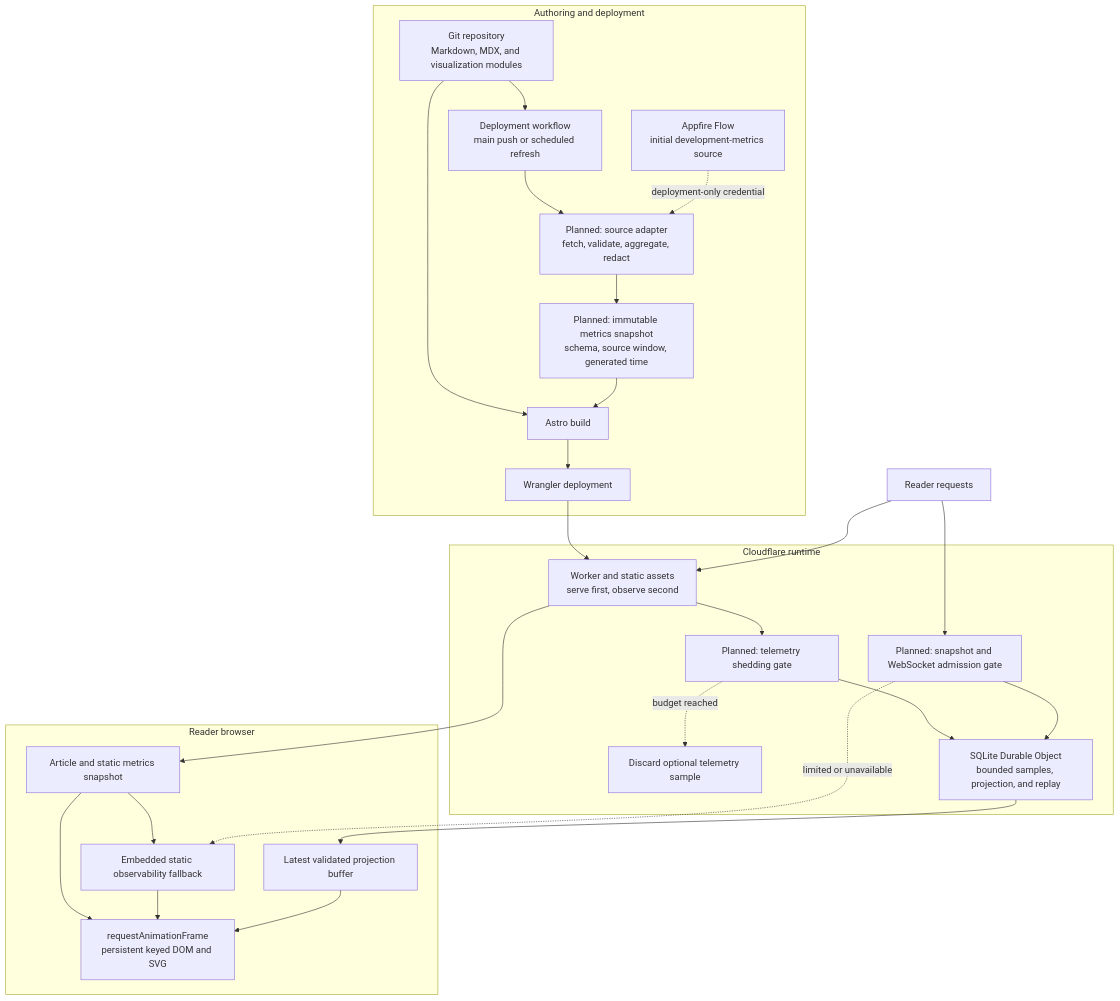
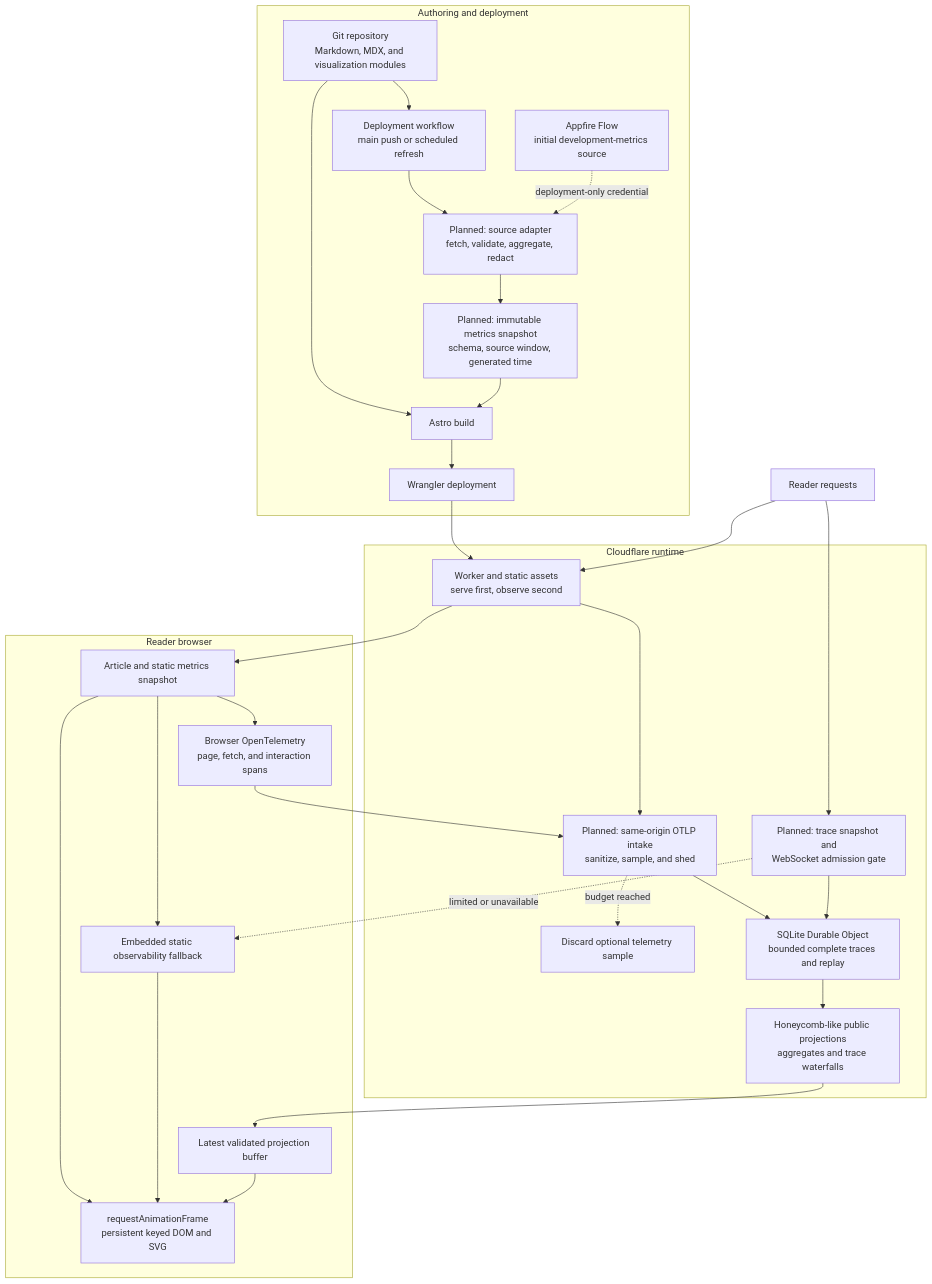
Before and after one commit to pasunboneleve/live-dashblog: the first of 2 diagrams in docs/architecture.md, drawn with Mermaid. The commit also changed other lines of this file and 2 other files, not shown here.

First line of the commit message:
docs: join browser and server telemetry traces

````diff
--- a/docs/architecture.md
+++ b/docs/architecture.md
@@ -7,52 +7,57 @@
 ```mermaid
 flowchart TB
   subgraph delivery["Authoring and deployment"]
     repo["Git repository<br/>Markdown, MDX, and visualization modules"]
     trigger["Deployment workflow<br/>main push or scheduled refresh"]
     flow["Appfire Flow<br/>initial development-metrics source"]
     adapter["Planned: source adapter<br/>fetch, validate, aggregate, redact"]
     metrics["Planned: immutable metrics snapshot<br/>schema, source window, generated time"]
     build["Astro build"]
     deploy["Wrangler deployment"]
 
     repo --> trigger
     trigger --> adapter
     flow -. "deployment-only credential" .-> adapter
     adapter --> metrics
     repo --> build
     metrics --> build
     build --> deploy
   end
 
   subgraph edge["Cloudflare runtime"]
     worker["Worker and static assets<br/>serve first, observe second"]
-    ingest["Planned: telemetry shedding gate"]
+    ingest["Planned: same-origin OTLP intake<br/>sanitize, sample, and shed"]
     discard["Discard optional telemetry sample"]
-    admission["Planned: snapshot and WebSocket admission gate"]
-    room["SQLite Durable Object<br/>bounded samples, projection, and replay"]
+    admission["Planned: trace snapshot and<br/>WebSocket admission gate"]
+    room["SQLite Durable Object<br/>bounded complete traces and replay"]
+    project["Honeycomb-like public projections<br/>aggregates and trace waterfalls"]
 
     deploy --> worker
     worker --> ingest
     ingest --> room
     ingest -. "budget reached" .-> discard
     admission --> room
+    room --> project
   end
 
   subgraph reader["Reader browser"]
     article["Article and static metrics snapshot"]
+    otel["Browser OpenTelemetry<br/>page, fetch, and interaction spans"]
     fallback["Embedded static observability fallback"]
     buffer["Latest validated projection buffer"]
     render["requestAnimationFrame<br/>persistent keyed DOM and SVG"]
 
+    article --> otel
+    otel --> ingest
     article --> render
     article --> fallback
     fallback --> render
     buffer --> render
   end
 
   browser["Reader requests"] --> worker
   worker --> article
   browser --> admission
-  room --> buffer
+  project --> buffer
   admission -. "limited or unavailable" .-> fallback
 ```
````
